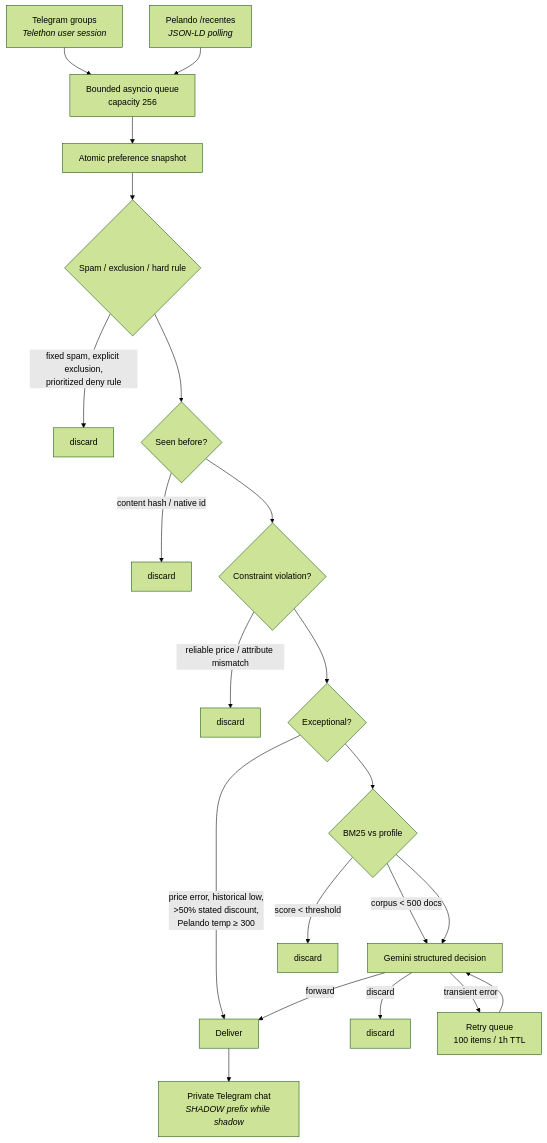
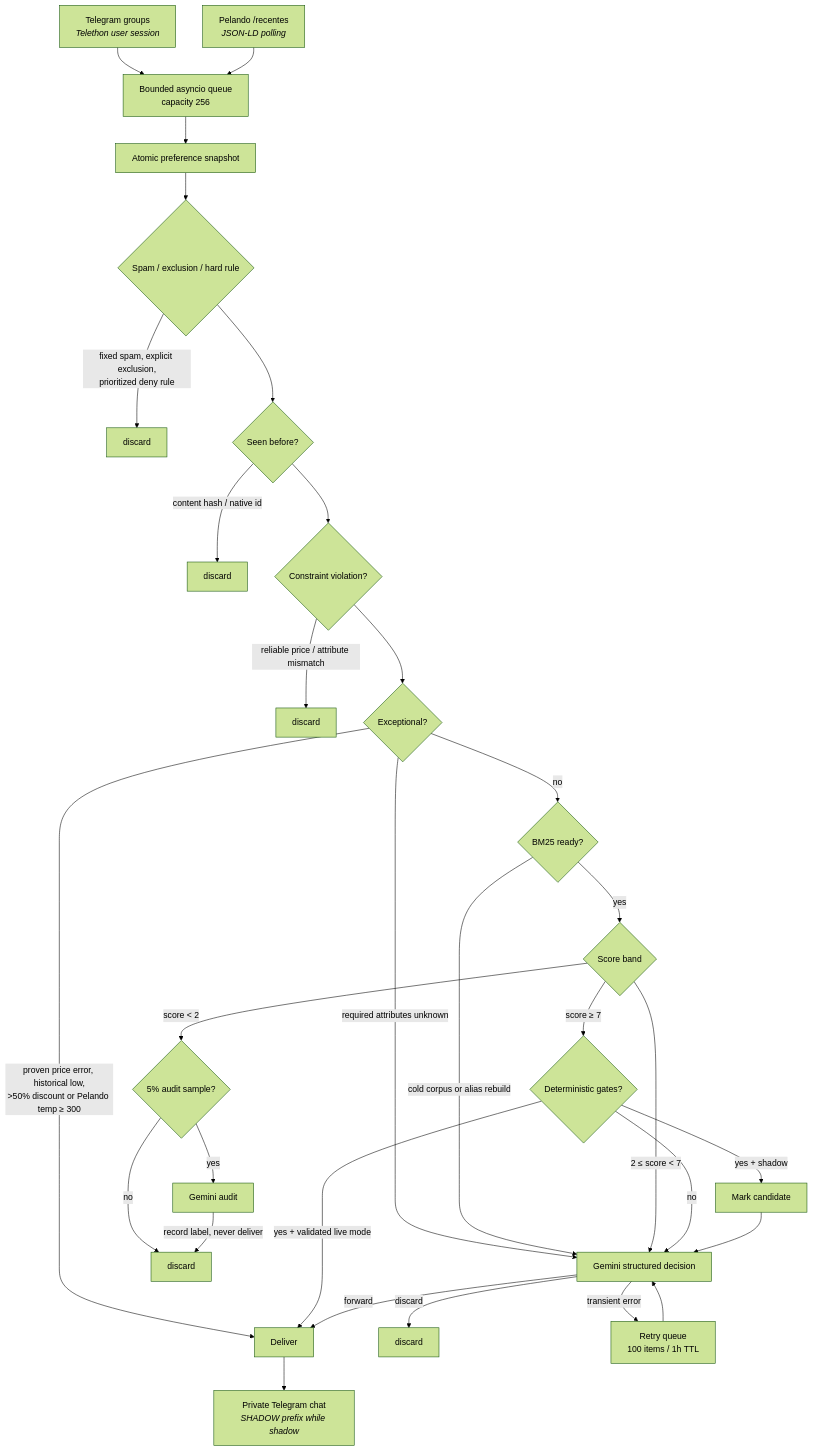
Before and after one commit to koobzaar/Sieve: the diagram in README.en.md, drawn with Mermaid (forest theme). The commit also changed other lines of this file and 11 other files, not shown here.

````diff
--- a/README.en.md
+++ b/README.en.md
@@ -57,29 +57,38 @@
 ```mermaid
 flowchart TD
     TG[Telegram groups<br/><i>Telethon user session</i>] --> Q
     PL[Pelando /recentes<br/><i>JSON-LD polling</i>] --> Q
     Q[Bounded asyncio queue<br/>capacity 256]
 
     Q --> PS[Atomic preference snapshot]
     PS --> HF{Spam / exclusion / hard rule}
     HF -->|fixed spam, explicit exclusion,<br/>prioritized deny rule| X1[discard]
     HF --> DD{Seen before?}
     DD -->|content hash / native id| X2[discard]
 
     DD --> PC{Constraint violation?}
     PC -->|reliable price / attribute mismatch| X5[discard]
     PC --> EX{Exceptional?}
-    EX -->|price error, historical low,<br/>&gt;50% stated discount,<br/>Pelando temp &ge; 300| DEL[Deliver]
-
-    EX --> BM{BM25 vs profile}
-    BM -->|score &lt; threshold| X3[discard]
-    BM -->|corpus &lt; 500 docs| LLM
-    BM --> LLM[Gemini structured decision]
+    EX -->|proven price error, historical low,<br/>&gt;50% discount or Pelando temp &ge; 300| DEL[Deliver]
+    EX -->|required attributes unknown| LLM
+    EX -->|no| READY{BM25 ready?}
+    READY -->|cold corpus or alias rebuild| LLM
+    READY -->|yes| BM{Score band}
+    BM -->|score &lt; 2| AUDIT{5% audit sample?}
+    AUDIT -->|no| X3[discard]
+    AUDIT -->|yes| ALLM[Gemini audit]
+    ALLM -->|record label, never deliver| X3
+    BM -->|2 &le; score &lt; 7| LLM
+    BM -->|score &ge; 7| GATE{Deterministic gates?}
+    GATE -->|no| LLM
+    GATE -->|yes + shadow| CAND[Mark candidate]
+    CAND --> LLM[Gemini structured decision]
+    GATE -->|yes + validated live mode| DEL
 
     LLM -->|forward| DEL
     LLM -->|discard| X4[discard]
     LLM -->|transient error| RQ[Retry queue<br/>100 items / 1h TTL]
     RQ --> LLM
 
     DEL --> OUT[Private Telegram chat<br/><i>SHADOW prefix while shadow</i>]
 ```
````
